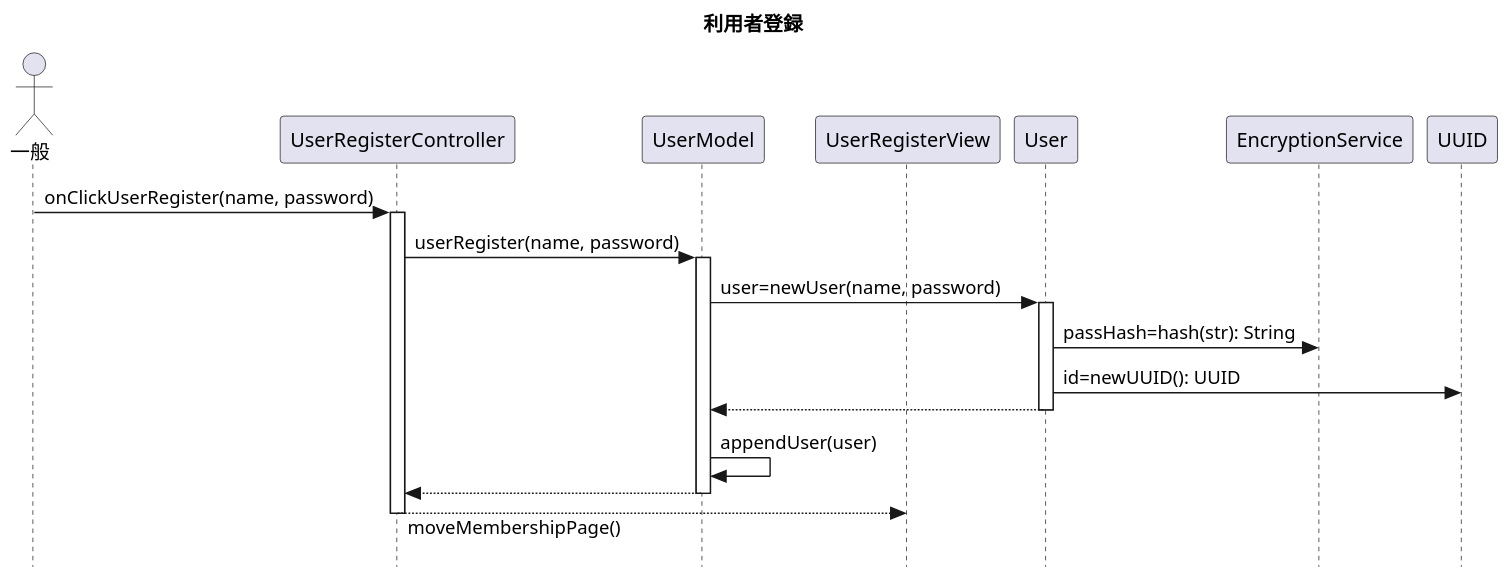
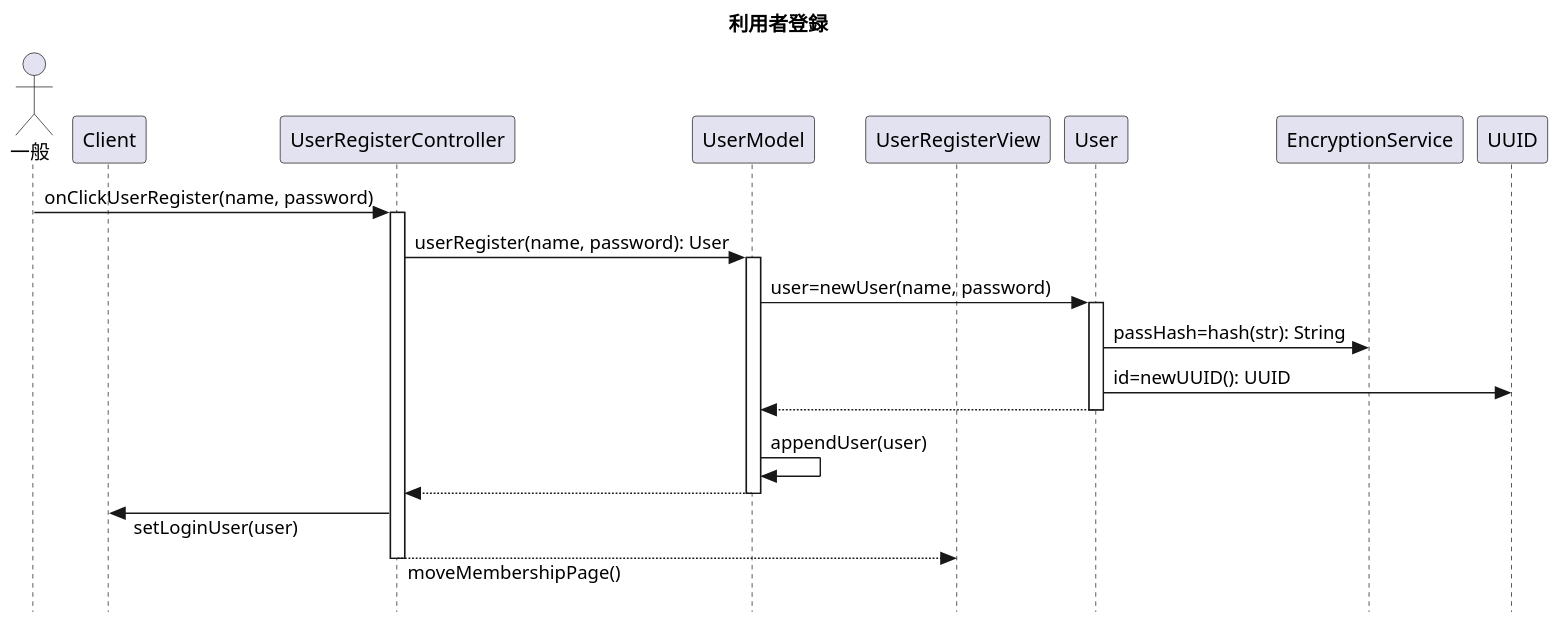
The first of 7 diagrams in sequence.pu (Romira915/AdvancedSoftwareEngineering3-Task), drawn with PlantUML before and after one commit. The commit also changed other lines of this file and 1 other file, not shown here.

```diff
--- a/sequence.pu
+++ b/sequence.pu
@@ -1,35 +1,37 @@
 @startuml 利用者登録
 
 title 利用者登録
 skinparam dpi 150
 skinparam responseMessageBelowArrow true
 skinparam style strictuml
 
 actor 一般 as user
+participant Client
 participant UserRegisterController
 participant UserModel
 participant UserRegisterView
 participant User
 
 user -> UserRegisterController : onClickUserRegister(name, password)
 
 activate UserRegisterController
-UserRegisterController -> UserModel : userRegister(name, password)
+UserRegisterController -> UserModel : userRegister(name, password): User
 
 activate UserModel
 UserModel -> User : user=newUser(name, password)
 
 activate User
 User -> EncryptionService : passHash=hash(str): String
 User -> UUID : id=newUUID(): UUID
 UserModel <-- User
 deactivate User
 
 UserModel -> UserModel : appendUser(user)
 UserRegisterController <-- UserModel
 deactivate UserModel
 
+Client <- UserRegisterController : setLoginUser(user)
 UserRegisterView <-- UserRegisterController : moveMembershipPage()
 deactivate UserRegisterController
 
 @enduml
```
